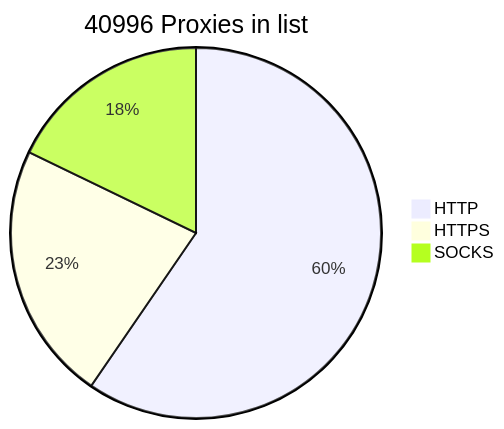
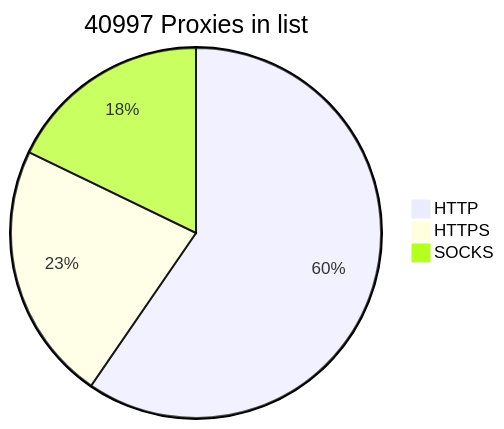
Before and after one commit to BlackSnowDot/proxylist-update-every-minute: the diagram in README.md, drawn with Mermaid.

````diff
--- a/README.md
+++ b/README.md
@@ -2,6 +2,6 @@
 ```mermaid
-pie title 40996 Proxies in list
-    "HTTP" : 28730
-    "HTTPS": 10902
-    "SOCKS" : 8600
+pie title 40997 Proxies in list
+    "HTTP" : 28737
+    "HTTPS": 10896
+    "SOCKS" : 8601
 ```
````
